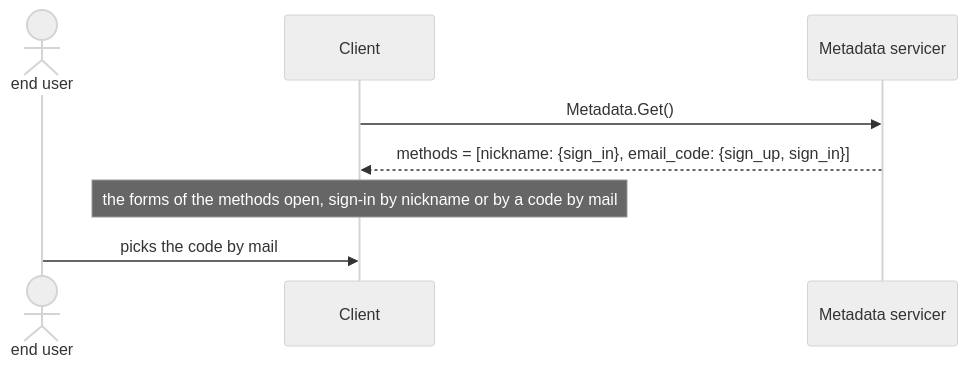
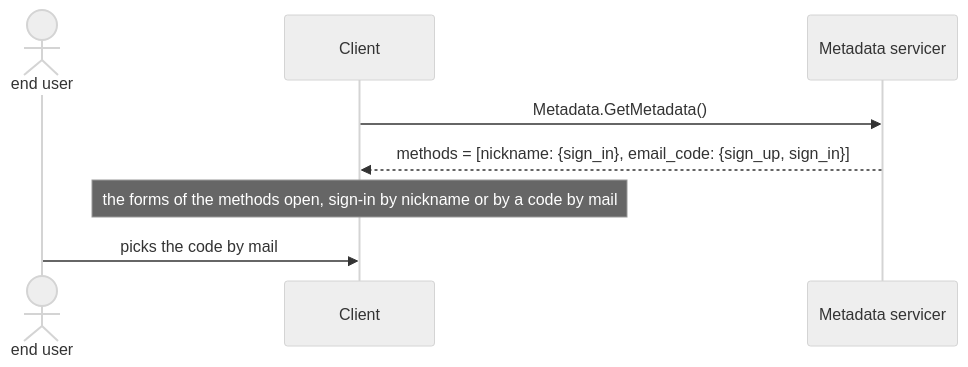
Before and after one commit to ak-ingots/ingots-libs: the diagram in docs/design/auth/README.md, drawn with Mermaid (neutral theme). The commit also changed other lines of this file and 2 other files, not shown here.

Commit message:
Align the design of the access with what is built (#24)
The strategy is AuthGroupsGrants, the name AuthGroupsPermissions
being the domain of the groups; signed_in and the caller come with
the sign-in. The RPCs are named by ADR 0013: Groups.ListGroups,
Members.AddMember and the rest, Metadata.GetMetadata,
AuthUserProfile.GetProfile; adding a member again and removing one
not there are no errors. The stories 2.1 to 2.4 of the access are
implemented.

🤖 Generated with [Claude Code](https://claude.com/claude-code)

````diff
--- a/docs/design/auth/README.md
+++ b/docs/design/auth/README.md
@@ -132,10 +132,10 @@
 ```mermaid
 sequenceDiagram
     actor User as end user
     participant Client
     participant Server as Metadata servicer
-    Client->>Server: Metadata.Get()
+    Client->>Server: Metadata.GetMetadata()
     Server-->>Client: methods = [nickname: {sign_in}, email_code: {sign_up, sign_in}]
     Note over Client: the forms of the methods open, sign-in by nickname or by a code by mail
     User->>Client: picks the code by mail
 ```
````
